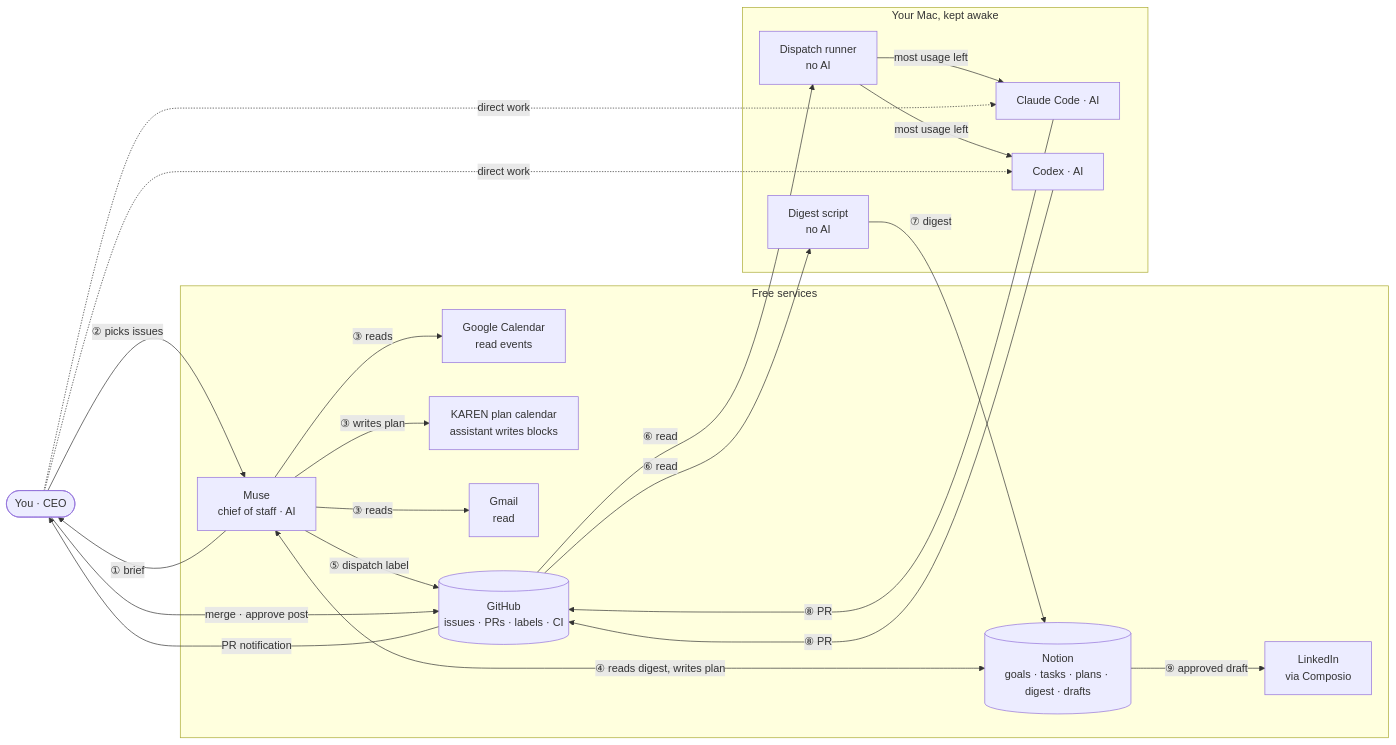
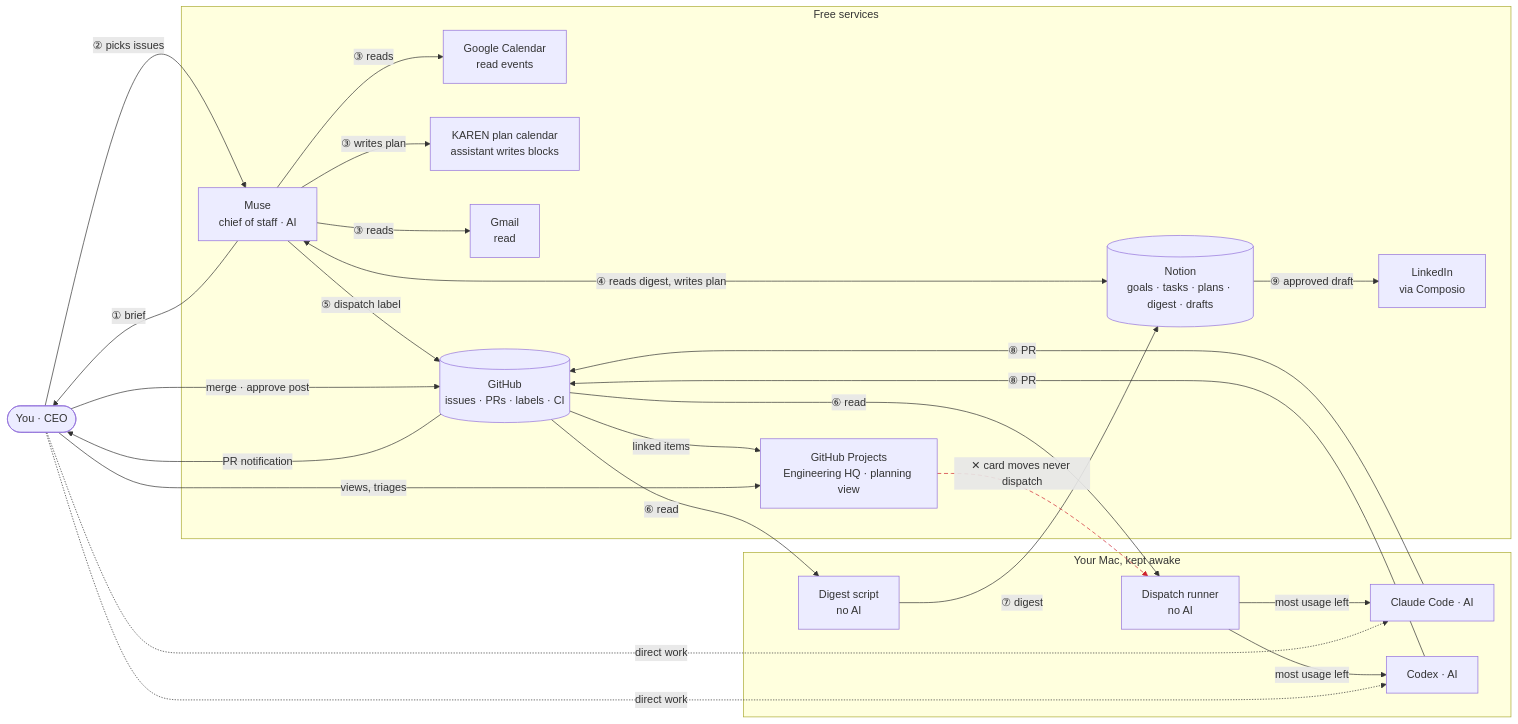
The first of 3 diagrams in docs/proposals/daily-review.md (AbhiramYanamandra/karen-os), drawn with Mermaid before and after one commit. The commit also changed other lines of this file and 1 other file, not shown here.

Commit message:
docs(proposals): show Engineering HQ in the daily review architecture (#17)
Adds the GitHub Project as a planning view in the Mermaid diagram and the
logo SVG, states that card moves never dispatch, and adds it to the
authority table. Refs #29.

````diff
--- a/docs/proposals/daily-review.md
+++ b/docs/proposals/daily-review.md
@@ -34,33 +34,38 @@
 ```mermaid
 flowchart LR
   OWN(["You · CEO"])
   subgraph CLOUD["Free services"]
     MUSE["Muse<br/>chief of staff · AI"]
     NOTION[("Notion<br/>goals · tasks · plans · digest · drafts")]
     GCAL["Google Calendar<br/>read events"]
     KPLAN["KAREN plan calendar<br/>assistant writes blocks"]
     GMAIL["Gmail<br/>read"]
     GH[("GitHub<br/>issues · PRs · labels · CI")]
+    HQ["GitHub Projects<br/>Engineering HQ · planning view"]
     LI["LinkedIn<br/>via Composio"]
   end
   subgraph MAC["Your Mac, kept awake"]
     DIG["Digest script<br/>no AI"]
     RUN["Dispatch runner<br/>no AI"]
     CC["Claude Code · AI"]
     CX["Codex · AI"]
   end
   MUSE -- "① brief" --> OWN
   OWN -- "② picks issues" --> MUSE
   MUSE -- "③ reads" --> GCAL & GMAIL
   MUSE -- "③ writes plan" --> KPLAN
   MUSE <-- "④ reads digest, writes plan" --> NOTION
   MUSE -- "⑤ dispatch label" --> GH
   GH -- "⑥ read" --> DIG & RUN
   DIG -- "⑦ digest" --> NOTION
   RUN -- "most usage left" --> CC & CX
   CC & CX -- "⑧ PR" --> GH
   GH -- "PR notification" --> OWN
   OWN -- "merge · approve post" --> GH
   NOTION -- "⑨ approved draft" --> LI
   OWN -. "direct work" .-> CC & CX
+  GH -- "linked items" --> HQ
+  OWN -- "views, triages" --> HQ
+  HQ -. "✕ card moves never dispatch" .-> RUN
+  linkStyle 21 stroke:#cf222e,stroke-dasharray:6 4
 ```
````
